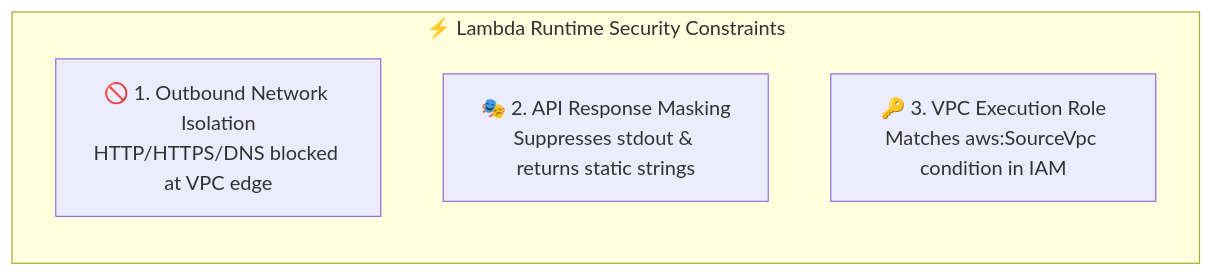
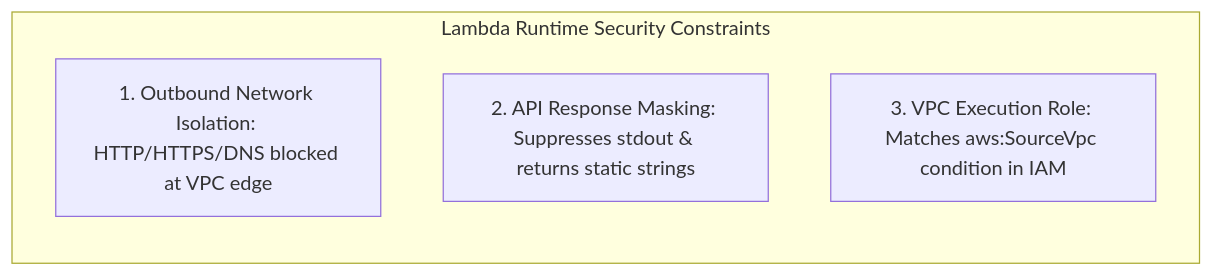
The second of 3 diagrams in cloud-escape/WRITEUP_STAGE2.md (FREECANDY-DEV/MAFAT-2026), drawn with Mermaid before and after one commit. The commit also changed other lines of this file, not shown here.

````diff
--- a/cloud-escape/WRITEUP_STAGE2.md
+++ b/cloud-escape/WRITEUP_STAGE2.md
@@ -152,9 +147,9 @@
 ```mermaid
 flowchart LR
-    subgraph Constraints ["⚡ Lambda Runtime Security Constraints"]
+    subgraph Constraints ["Lambda Runtime Security Constraints"]
         direction TB
-        C1["🚫 1. Outbound Network Isolation<br/>HTTP/HTTPS/DNS blocked at VPC edge"]
-        C2["🎭 2. API Response Masking<br/>Suppresses stdout & returns static strings"]
-        C3["🔑 3. VPC Execution Role<br/>Matches aws:SourceVpc condition in IAM"]
+        C1["1. Outbound Network Isolation: HTTP/HTTPS/DNS blocked at VPC edge"]
+        C2["2. API Response Masking: Suppresses stdout & returns static strings"]
+        C3["3. VPC Execution Role: Matches aws:SourceVpc condition in IAM"]
     end
 ```
````
